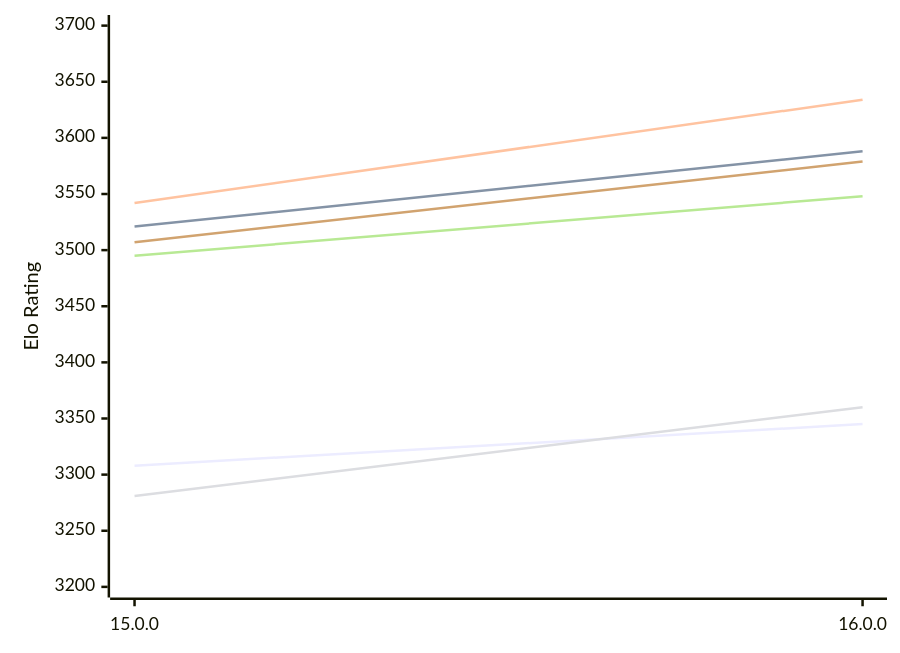
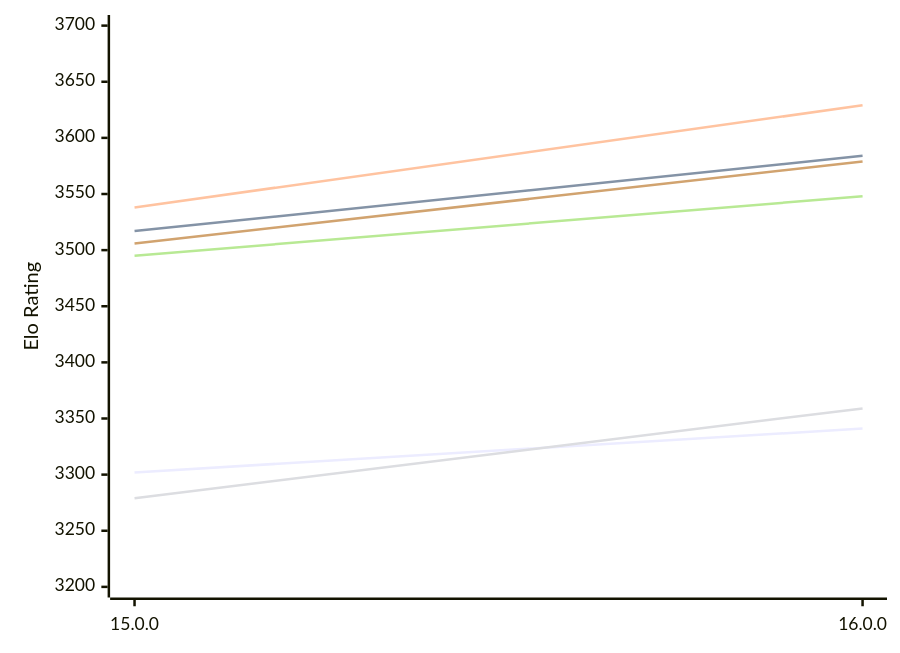
The first of 2 diagrams in engines/Halogen.md (computer-chess-index/cci), drawn with Mermaid before and after one commit. The commit also changed other lines of this file, not shown here.

Commit message:
Update CCI Ratings (ELO VLTC) - 2026-11-26

````diff
--- a/engines/Halogen.md
+++ b/engines/Halogen.md
@@ -50,12 +50,12 @@
 ```mermaid
 %%{init: {"theme":"base","themeVariables":{"seriesColors:['#a3a3a3','#222221','#faa371']}}}%%
 xychart-beta
   x-axis ["15.0.0", "16.0.0"]
   y-axis "Elo Rating" 3200 --> 3700
-  line "E1: STC (8.0+0.08s)" [3308, 3345]
-  line "E1: LTC (60.0+0.60s)" [3521, 3588]
-  line "E1: VLTC (2m24s+1.12s)" [3542, 3634]
-  line "P1: STC (8.0+0.08s)" [3281, 3360]
+  line "E1: STC (8.0+0.08s)" [3302, 3341]
+  line "E1: LTC (60.0+0.60s)" [3517, 3584]
+  line "E1: VLTC (2m24s+1.12s)" [3538, 3629]
+  line "P1: STC (8.0+0.08s)" [3279, 3359]
   line "P1: LTC (60.0+0.60s)" [3495, 3548]
-  line "P1: VLTC (2m24s+1.12s)" [3507, 3579]
+  line "P1: VLTC (2m24s+1.12s)" [3506, 3579]
 ```
````
